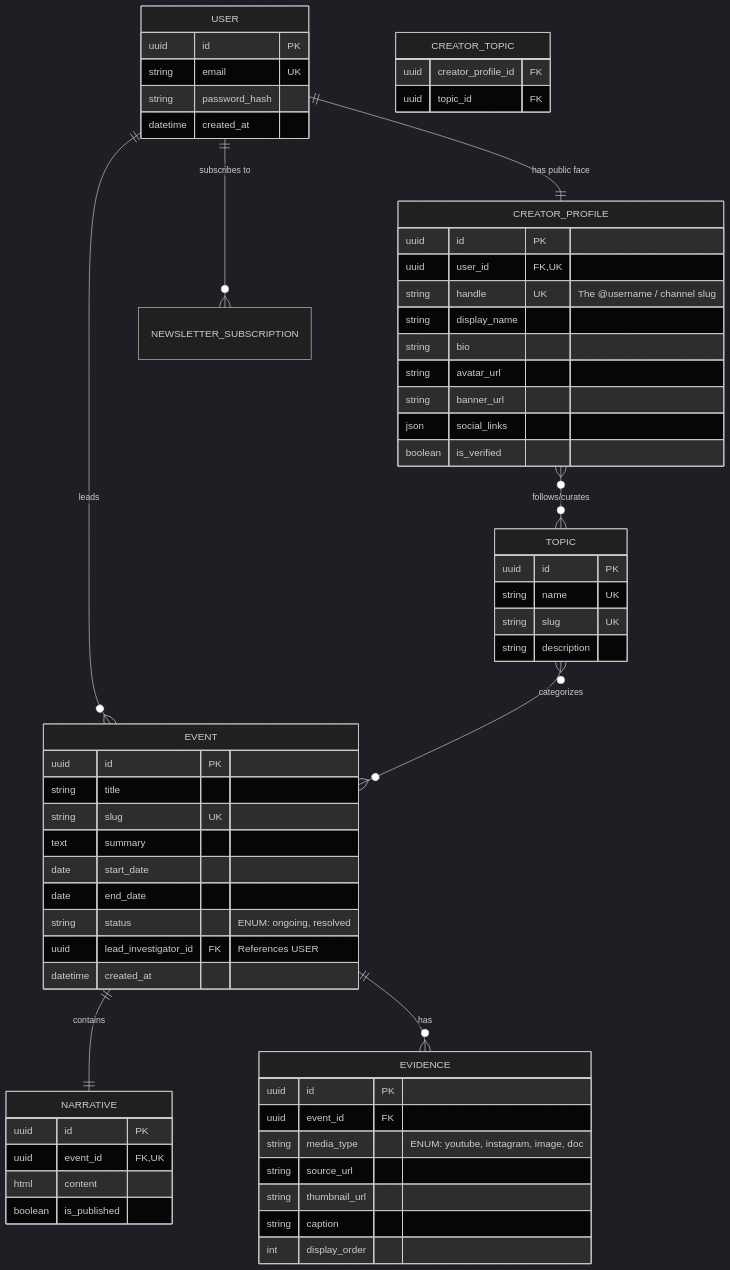
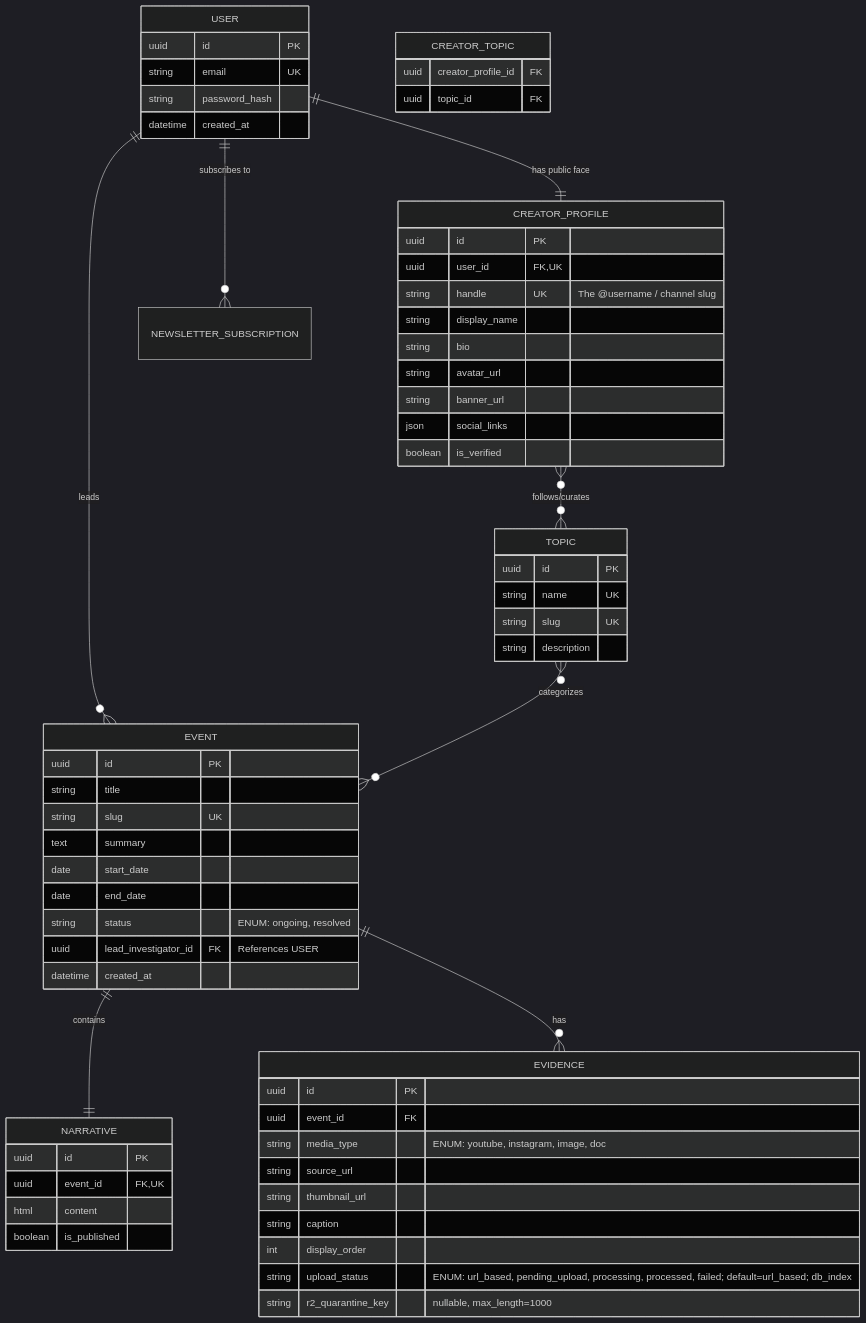
Before and after one commit to Divesh-Kshirsagar/StroyTrace: the first of 2 diagrams in .agent-context.md, drawn with Mermaid (dark theme). The commit also changed other lines of this file and 2 other files, not shown here.

Commit message:
Added upload_status and r2_quarantine_key fields to Evidence model

````diff
--- a/.agent-context.md
+++ b/.agent-context.md
@@ -4,72 +4,74 @@
 ```mermaid
 erDiagram
     USER ||--|| CREATOR_PROFILE : "has public face"
     USER ||--o{ EVENT : "leads"
     USER ||--o{ NEWSLETTER_SUBSCRIPTION : "subscribes to"
     
     CREATOR_PROFILE }o--o{ TOPIC : "follows/curates"
     TOPIC }o--o{ EVENT : "categorizes"
     
     EVENT ||--|| NARRATIVE : "contains"
     EVENT ||--o{ EVIDENCE : "has"
 
     USER {
         uuid id PK
         string email UK
         string password_hash
         datetime created_at
     }
 
     CREATOR_PROFILE {
         uuid id PK
         uuid user_id FK, UK
         string handle UK "The @username / channel slug"
         string display_name
         string bio
         string avatar_url
         string banner_url
         json social_links
         boolean is_verified
     }
 
     TOPIC {
         uuid id PK
         string name UK
         string slug UK
         string description
     }
 
     CREATOR_TOPIC {
         uuid creator_profile_id FK
         uuid topic_id FK
     }
 
     EVENT {
         uuid id PK
         string title
         string slug UK
         text summary
         date start_date
         date end_date
         string status "ENUM: ongoing, resolved"
         uuid lead_investigator_id FK "References USER"
         datetime created_at
     }
 
     NARRATIVE {
         uuid id PK
         uuid event_id FK, UK
         html content
         boolean is_published
     }
 
     EVIDENCE {
         uuid id PK
         uuid event_id FK
         string media_type "ENUM: youtube, instagram, image, doc"
         string source_url
         string thumbnail_url
         string caption
         int display_order
+        string upload_status "ENUM: url_based, pending_upload, processing, processed, failed; default=url_based; db_index"
+        string r2_quarantine_key "nullable, max_length=1000"
     }
 ```
````
